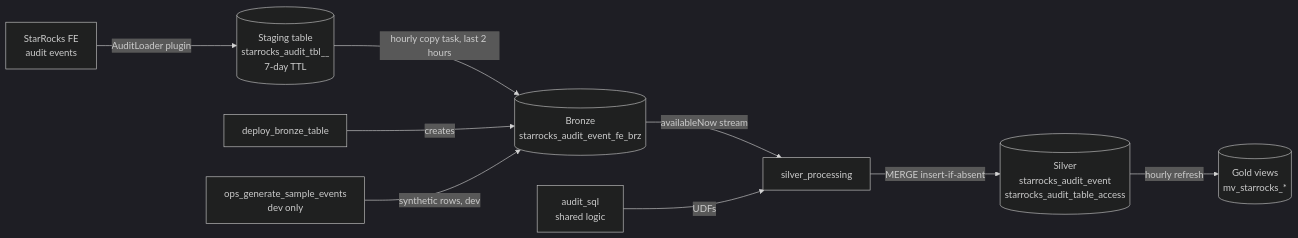
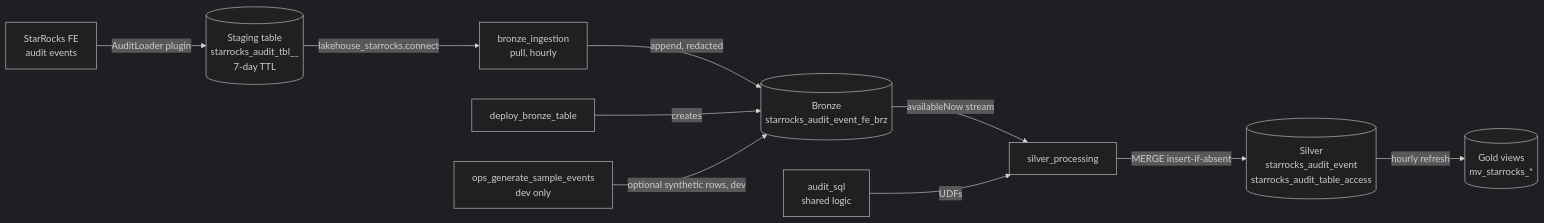
One commit to cdiogo1979/opensource-lakehouse-audit-dp changed the diagram in aidlc-docs/current/inception/application-design/component-dependency.md. Above: the diagram before and after it, drawn with Mermaid (dark theme). The commit also changed other lines of this file and 28 other files, not shown here.

First line of the commit message:
StarRocks audit: pull the audit log from StarRocks in a bronze task

````diff
--- a/aidlc-docs/current/inception/application-design/component-dependency.md
+++ b/aidlc-docs/current/inception/application-design/component-dependency.md
@@ -5,21 +5,23 @@
 ```mermaid
 flowchart LR
     FE["StarRocks FE<br/>audit events"]
     STG[("Staging table<br/>starrocks_audit_tbl__<br/>7-day TTL")]
     BRZ[("Bronze<br/>starrocks_audit_event_fe_brz")]
     SLV[("Silver<br/>starrocks_audit_event<br/>starrocks_audit_table_access")]
     GLD[("Gold views<br/>mv_starrocks_*")]
     C1["audit_sql<br/>shared logic"]
     C2["deploy_bronze_table"]
     C3["silver_processing"]
     C5["ops_generate_sample_events<br/>dev only"]
 
     FE -->|"AuditLoader plugin"| STG
-    STG -->|"hourly copy task, last 2 hours"| BRZ
+    C6["bronze_ingestion<br/>pull, hourly"]
+    STG -->|"lakehouse_starrocks.connect"| C6
+    C6 -->|"append, redacted"| BRZ
     C2 -->|"creates"| BRZ
-    C5 -->|"synthetic rows, dev"| BRZ
+    C5 -->|"optional synthetic rows, dev"| BRZ
     BRZ -->|"availableNow stream"| C3
     C1 -->|"UDFs"| C3
     C3 -->|"MERGE insert-if-absent"| SLV
     SLV -->|"hourly refresh"| GLD
 ```
````
